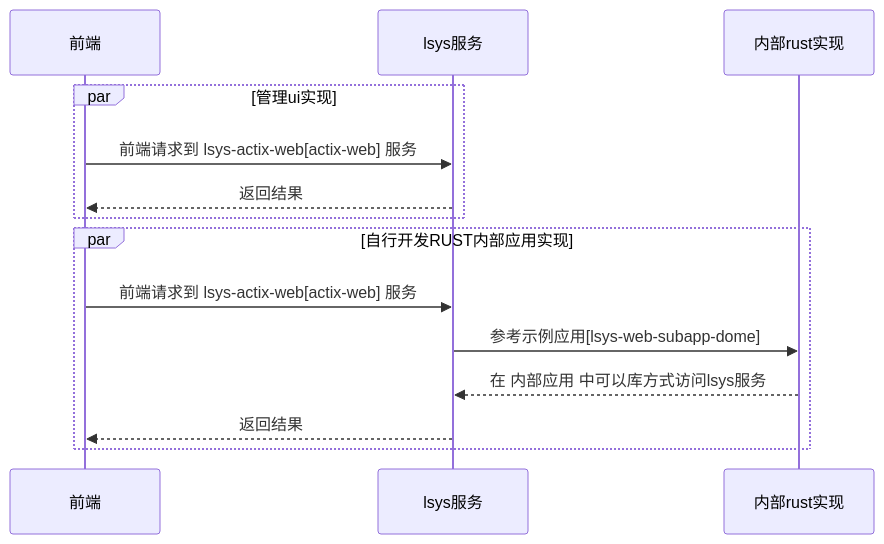
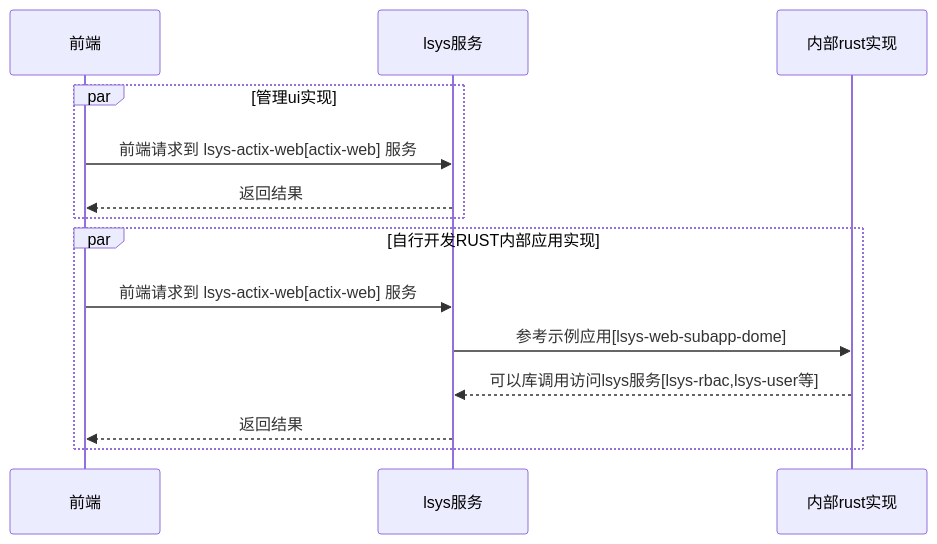
The first of 2 diagrams in README.MD (shanliu/lsys), drawn with Mermaid before and after one commit. The commit also changed other lines of this file and 125 other files, not shown here.

````diff
--- a/README.MD
+++ b/README.MD
@@ -68,13 +68,13 @@
 ```mermaid
 sequenceDiagram
     par 管理ui实现
     前端->>lsys服务: 前端请求到 lsys-actix-web[actix-web] 服务
     lsys服务-->>前端: 返回结果
     end
     par 自行开发RUST内部应用实现
     前端->>lsys服务: 前端请求到 lsys-actix-web[actix-web] 服务
     lsys服务->>内部rust实现: 参考示例应用[lsys-web-subapp-dome]
-    内部rust实现-->>lsys服务: 在 内部应用 中可以库方式访问lsys服务
+    内部rust实现-->>lsys服务: 可以库调用访问lsys服务[lsys-rbac,lsys-user等]
     lsys服务-->>前端: 返回结果
     end
 ```
````
